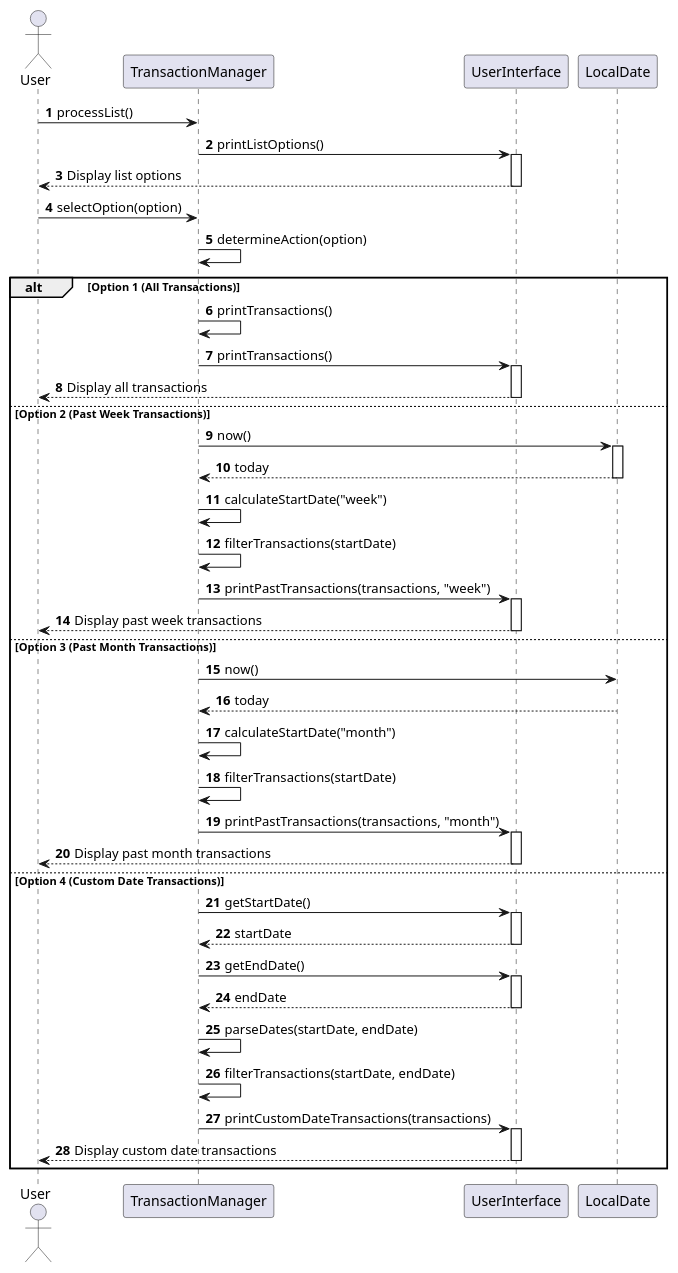
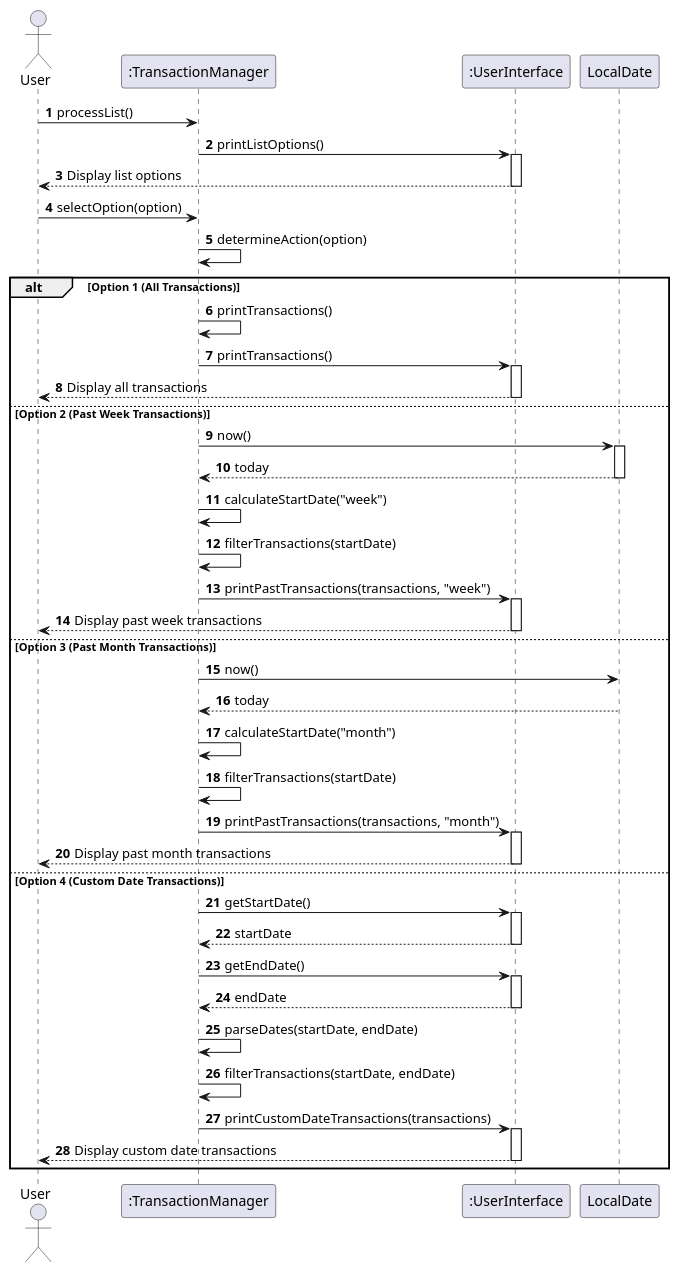
Before and after one commit to Vavinan/tp: the diagram in docs/uml/processList.puml, drawn with PlantUML.

Commit message:
Add colon to UserInterface and TransactionManager in list feature in dg

```diff
--- a/docs/uml/processList.puml
+++ b/docs/uml/processList.puml
@@ -1,61 +1,61 @@
 @startuml
 'https://plantuml.com/sequence-diagram
 
 autonumber
 
 actor User
-participant "TransactionManager" as TM
-participant "UserInterface" as UI
+participant ":TransactionManager" as TM
+participant ":UserInterface" as UI
 participant "LocalDate" as LD
 
 User -> TM: processList()
 TM -> UI: printListOptions()
 activate UI
 UI --> User: Display list options
 deactivate UI
 User -> TM: selectOption(option)
 TM -> TM: determineAction(option)
 
 alt Option 1 (All Transactions)
     TM -> TM: printTransactions()
     TM -> UI: printTransactions()
     activate UI
     UI --> User: Display all transactions
     deactivate UI
 else Option 2 (Past Week Transactions)
     TM -> LD: now()
     activate LD
     LD --> TM: today
     deactivate LD
     TM -> TM: calculateStartDate("week")
     TM -> TM: filterTransactions(startDate)
     TM -> UI: printPastTransactions(transactions, "week")
     activate UI
     UI --> User: Display past week transactions
     deactivate UI
 else Option 3 (Past Month Transactions)
     TM -> LD: now()
     LD --> TM: today
     TM -> TM: calculateStartDate("month")
     TM -> TM: filterTransactions(startDate)
     TM -> UI: printPastTransactions(transactions, "month")
     activate UI
     UI --> User: Display past month transactions
     deactivate UI
 else Option 4 (Custom Date Transactions)
     TM -> UI: getStartDate()
     activate UI
     UI --> TM: startDate
     deactivate UI
     TM -> UI: getEndDate()
     activate UI
     UI --> TM: endDate
     deactivate UI
     TM -> TM: parseDates(startDate, endDate)
     TM -> TM: filterTransactions(startDate, endDate)
     TM -> UI: printCustomDateTransactions(transactions)
     activate UI
     UI --> User: Display custom date transactions
     deactivate UI
 end
 @enduml
```
